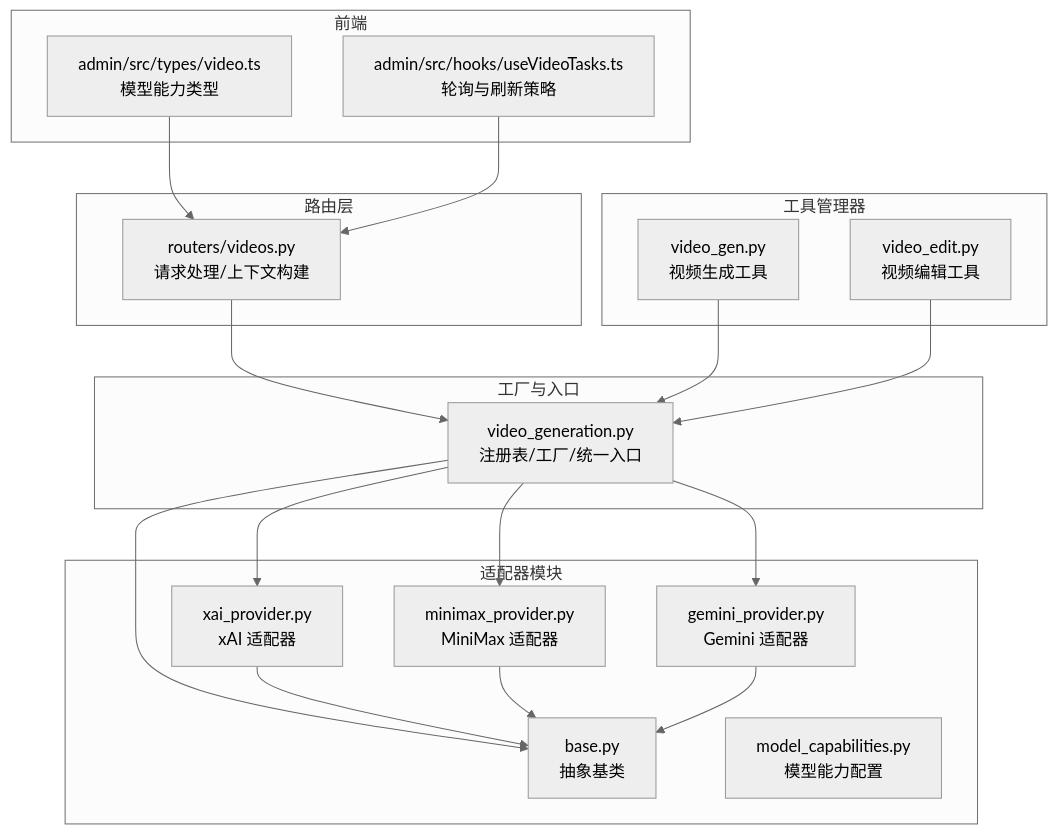
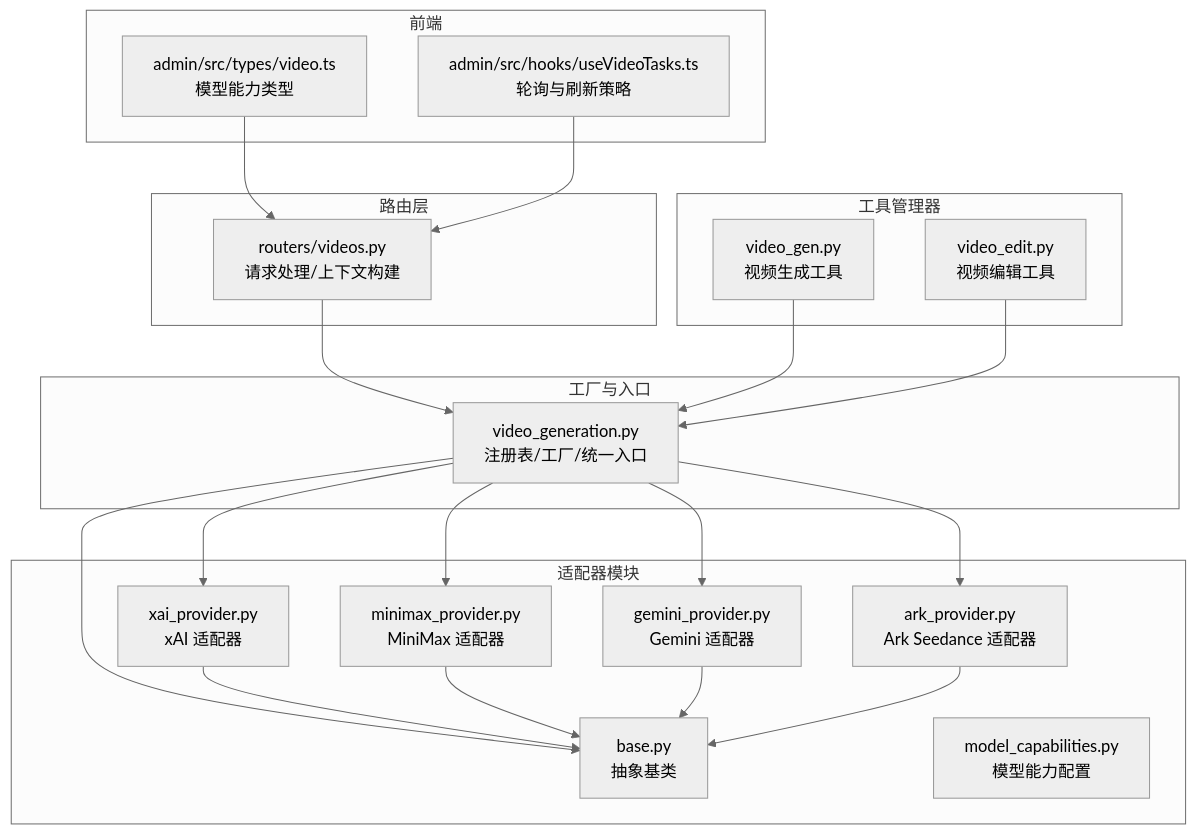
The first of 10 diagrams in .qoder/repowiki/zh/content/后端服务架构/业务服务层/媒体生成服务/视频提供商适配器.md (KunLabAI/KunFlix), drawn with Mermaid (neutral theme) before and after one commit. The commit also changed other lines of this file and 10 other files, not shown here.

````diff
--- a/.qoder/repowiki/zh/content/后端服务架构/业务服务层/媒体生成服务/视频提供商适配器.md
+++ b/.qoder/repowiki/zh/content/后端服务架构/业务服务层/媒体生成服务/视频提供商适配器.md
@@ -51,36 +52,39 @@
 ```mermaid
 graph TB
 subgraph "适配器模块"
 BASE["base.py<br/>抽象基类"]
 XAI["xai_provider.py<br/>xAI 适配器"]
 MINIMAX["minimax_provider.py<br/>MiniMax 适配器"]
 GEMINI["gemini_provider.py<br/>Gemini 适配器"]
+ARK["ark_provider.py<br/>Ark Seedance 适配器"]
 CAPS["model_capabilities.py<br/>模型能力配置"]
 end
 subgraph "工厂与入口"
 FACTORY["video_generation.py<br/>注册表/工厂/统一入口"]
 end
 subgraph "工具管理器"
 VIDEOGEN["video_gen.py<br/>视频生成工具"]
 VIDEOEDIT["video_edit.py<br/>视频编辑工具"]
 end
 subgraph "路由层"
 ROUTER["routers/videos.py<br/>请求处理/上下文构建"]
 end
 subgraph "前端"
 TYPES["admin/src/types/video.ts<br/>模型能力类型"]
 SWR["admin/src/hooks/useVideoTasks.ts<br/>轮询与刷新策略"]
 end
 ROUTER --> FACTORY
 FACTORY --> BASE
 FACTORY --> XAI
 FACTORY --> MINIMAX
 FACTORY --> GEMINI
+FACTORY --> ARK
 VIDEOGEN --> FACTORY
 VIDEOEDIT --> FACTORY
 XAI --> BASE
 MINIMAX --> BASE
 GEMINI --> BASE
+ARK --> BASE
 TYPES --> ROUTER
 SWR --> ROUTER
 ```
````
